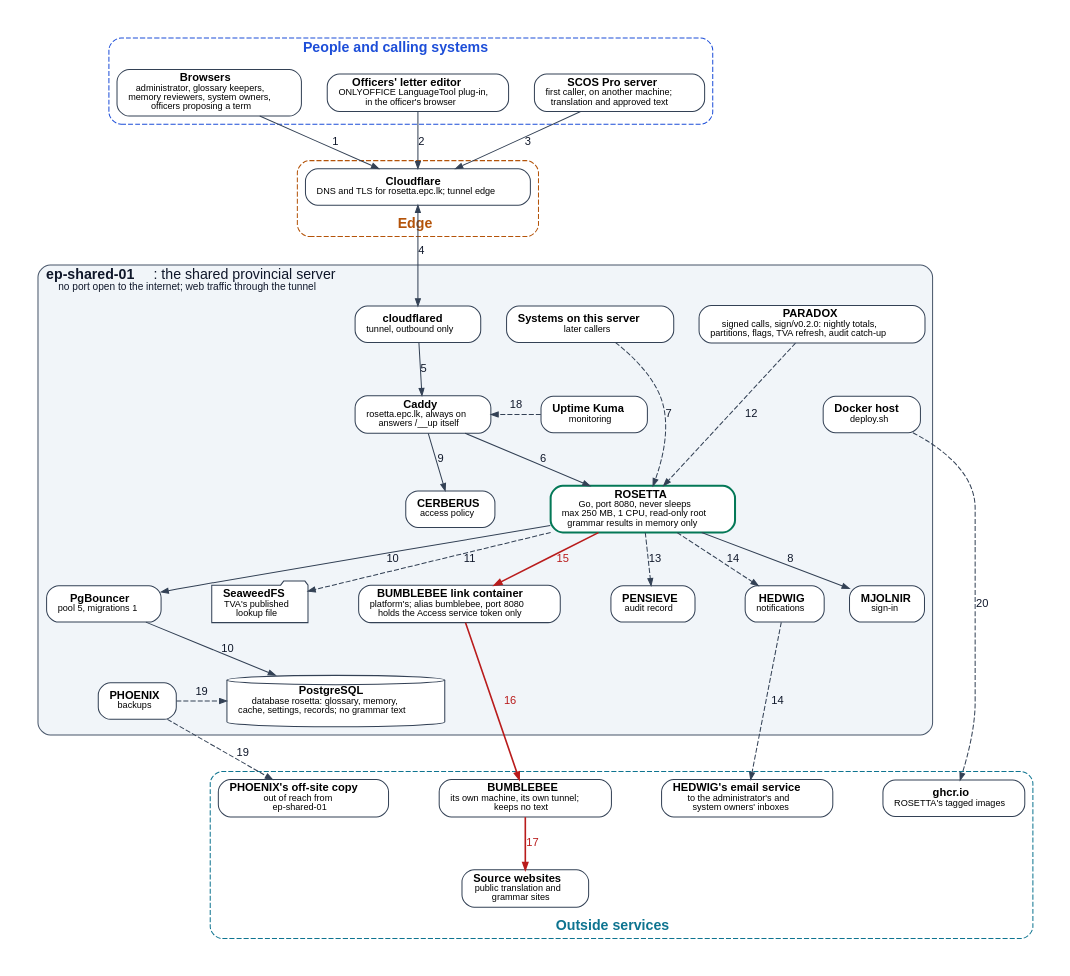
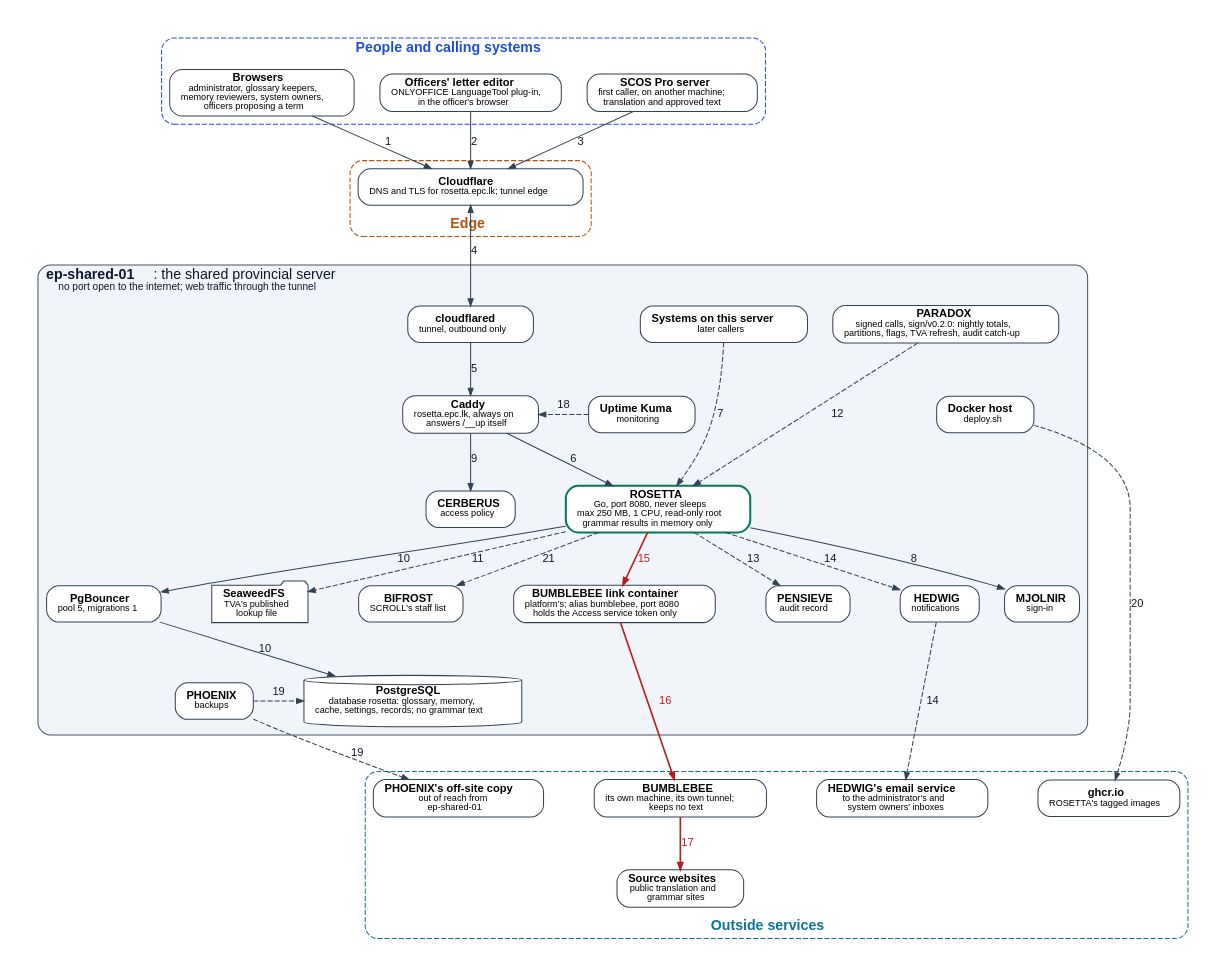
Before and after one commit to Rumeasiyan/rosetta: the diagram in docs/diagrams/rosetta-architecture.dot, drawn with Graphviz. The commit also changed 4 other files, not shown here.

First line of the commit message:
docs: read posts from SCROLL's staff list, PRD version 1.4 (#13)

```diff
--- a/docs/diagrams/rosetta-architecture.dot
+++ b/docs/diagrams/rosetta-architecture.dot
@@ -1,91 +1,93 @@
 // ROSETTA technical architecture (Annex B of docs/ROSETTA-PRD.md).
 // Render from the repository root:
 //   dot -Tsvg docs/diagrams/rosetta-architecture.dot -o docs/diagrams/rosetta-architecture.svg
 // The numbers on the links must match the table in Annex B, row for row.
 // Red links carry text on its way to outside websites; dashed links are periodic, occasional or later.
 
 digraph rosetta_architecture {
   graph [rankdir=TB, newrank=true, nodesep=0.35, ranksep=0.55, fontname="Helvetica", pad=0.3];
   node  [shape=box, style="rounded,filled", fillcolor="white", color="#334155", fontname="Helvetica", fontsize=11, margin="0.15,0.06"];
   edge  [color="#334155", fontname="Helvetica", fontsize=11, fontcolor="#0f172a", arrowsize=0.7];
 
   subgraph cluster_people {
     label=<<B>People and calling systems</B>>; style="dashed,rounded"; color="#1d4ed8"; fontcolor="#1d4ed8";
     browsers [label=<<B>Browsers</B><BR/><FONT POINT-SIZE="9">administrator, glossary keepers,<BR/>memory reviewers, system owners,<BR/>officers proposing a term</FONT>>];
     editor   [label=<<B>Officers' letter editor</B><BR/><FONT POINT-SIZE="9">ONLYOFFICE LanguageTool plug-in,<BR/>in the officer's browser</FONT>>];
     scospro  [label=<<B>SCOS Pro server</B><BR/><FONT POINT-SIZE="9">first caller, on another machine;<BR/>translation and approved text</FONT>>];
   }
 
   subgraph cluster_edge {
     label=<<B>Edge</B>>; labelloc=b; style="dashed,rounded"; color="#b45309"; fontcolor="#b45309";
     cloudflare [label=<<B>Cloudflare</B><BR/><FONT POINT-SIZE="9">DNS and TLS for rosetta.epc.lk; tunnel edge</FONT>>];
   }
 
   subgraph cluster_server {
     label=<<B>ep-shared-01</B>: the shared provincial server<BR/><FONT POINT-SIZE="10">no port open to the internet; web traffic through the tunnel</FONT>>;
     style="filled,rounded"; fillcolor="#f1f5f9"; color="#475569"; fontcolor="#0f172a"; labeljust=l;
 
     cloudflared [label=<<B>cloudflared</B><BR/><FONT POINT-SIZE="9">tunnel, outbound only</FONT>>];
     systems     [label=<<B>Systems on this server</B><BR/><FONT POINT-SIZE="9">later callers</FONT>>];
     paradox     [label=<<B>PARADOX</B><BR/><FONT POINT-SIZE="9">signed calls, sign/v0.2.0: nightly totals,<BR/>partitions, flags, TVA refresh, audit catch-up</FONT>>];
     caddy       [label=<<B>Caddy</B><BR/><FONT POINT-SIZE="9">rosetta.epc.lk, always on<BR/>answers /__up itself</FONT>>];
     kuma        [label=<<B>Uptime Kuma</B><BR/><FONT POINT-SIZE="9">monitoring</FONT>>];
     docker      [label=<<B>Docker host</B><BR/><FONT POINT-SIZE="9">deploy.sh</FONT>>];
     cerberus    [label=<<B>CERBERUS</B><BR/><FONT POINT-SIZE="9">access policy</FONT>>];
     mjolnir     [label=<<B>MJOLNIR</B><BR/><FONT POINT-SIZE="9">sign-in</FONT>>];
     rosetta     [label=<<B>ROSETTA</B><BR/><FONT POINT-SIZE="9">Go, port 8080, never sleeps<BR/>max 250 MB, 1 CPU, read-only root<BR/>grammar results in memory only</FONT>>, color="#047857", penwidth=2];
     pensieve    [label=<<B>PENSIEVE</B><BR/><FONT POINT-SIZE="9">audit record</FONT>>];
+    bifrost     [label=<<B>BIFROST</B><BR/><FONT POINT-SIZE="9">SCROLL's staff list</FONT>>];
     hedwig      [label=<<B>HEDWIG</B><BR/><FONT POINT-SIZE="9">notifications</FONT>>];
     link        [label=<<B>BUMBLEBEE link container</B><BR/><FONT POINT-SIZE="9">platform's; alias bumblebee, port 8080<BR/>holds the Access service token only</FONT>>];
     pgbouncer   [label=<<B>PgBouncer</B><BR/><FONT POINT-SIZE="9">pool 5, migrations 1</FONT>>];
     postgres    [shape=cylinder, style=filled, label=<<B>PostgreSQL</B><BR/><FONT POINT-SIZE="9">database rosetta: glossary, memory,<BR/>cache, settings, records; no grammar text</FONT>>];
     seaweed     [shape=folder, style=filled, label=<<B>SeaweedFS</B><BR/><FONT POINT-SIZE="9">TVA's published<BR/>lookup file</FONT>>];
     phoenix     [label=<<B>PHOENIX</B><BR/><FONT POINT-SIZE="9">backups</FONT>>];
 
     { rank=same; cloudflared; systems; paradox; }
     { rank=same; caddy; kuma; docker; }
     caddy -> kuma -> docker [style=invis];
     { rank=same; cerberus; rosetta; }
     cerberus -> rosetta [style=invis];
-    { rank=same; mjolnir; pgbouncer; seaweed; link; pensieve; hedwig; }
-    mjolnir -> pgbouncer -> seaweed -> link -> pensieve -> hedwig [style=invis];
+    { rank=same; mjolnir; pgbouncer; seaweed; bifrost; link; pensieve; hedwig; }
+    mjolnir -> pgbouncer -> seaweed -> bifrost -> link -> pensieve -> hedwig [style=invis];
     { rank=same; postgres; phoenix; }
   }
 
   subgraph cluster_outside {
     label=<<B>Outside services</B>>; labelloc=b; style="dashed,rounded"; color="#0e7490"; fontcolor="#0e7490";
     bumblebee [label=<<B>BUMBLEBEE</B><BR/><FONT POINT-SIZE="9">its own machine, its own tunnel;<BR/>keeps no text</FONT>>];
     websites  [label=<<B>Source websites</B><BR/><FONT POINT-SIZE="9">public translation and<BR/>grammar sites</FONT>>];
     email     [label=<<B>HEDWIG's email service</B><BR/><FONT POINT-SIZE="9">to the administrator's and<BR/>system owners' inboxes</FONT>>];
     offsite   [label=<<B>PHOENIX's off-site copy</B><BR/><FONT POINT-SIZE="9">out of reach from<BR/>ep-shared-01</FONT>>];
     ghcr      [label=<<B>ghcr.io</B><BR/><FONT POINT-SIZE="9">ROSETTA's tagged images</FONT>>];
   }
 
   { rank=same; browsers; editor; scospro; }
   { rank=same; offsite; bumblebee; email; ghcr; }
   offsite -> bumblebee -> email -> ghcr [style=invis];
 
   browsers -> cloudflare     [label="1"];
   editor -> cloudflare       [label="2"];
   scospro -> cloudflare      [label="3"];
   cloudflare -> cloudflared  [label="4", dir=both];
   cloudflared -> caddy       [label="5"];
   caddy -> rosetta           [label="6"];
   systems -> rosetta         [label="7", style=dashed];
   rosetta -> mjolnir         [label="8"];
   caddy -> cerberus          [label="9"];
   rosetta -> pgbouncer       [label="10"];
   pgbouncer -> postgres      [label="10"];
   rosetta -> seaweed         [label="11", style=dashed];
   paradox -> rosetta         [label="12", style=dashed];
   rosetta -> pensieve        [label="13", style=dashed];
   rosetta -> hedwig          [label="14", style=dashed];
   hedwig -> email            [label="14", style=dashed];
   rosetta -> link            [label="15", color="#b91c1c", fontcolor="#b91c1c", penwidth=1.6];
   link -> bumblebee          [label="16", color="#b91c1c", fontcolor="#b91c1c", penwidth=1.6];
   bumblebee -> websites      [label="17", color="#b91c1c", fontcolor="#b91c1c", penwidth=1.6];
   kuma -> caddy              [label="18", style=dashed, constraint=false];
   phoenix -> postgres        [label="19", style=dashed, constraint=false];
   phoenix -> offsite         [label="19", style=dashed];
   docker -> ghcr             [label="20", style=dashed];
+  rosetta -> bifrost         [label="21", style=dashed];
 }
```
